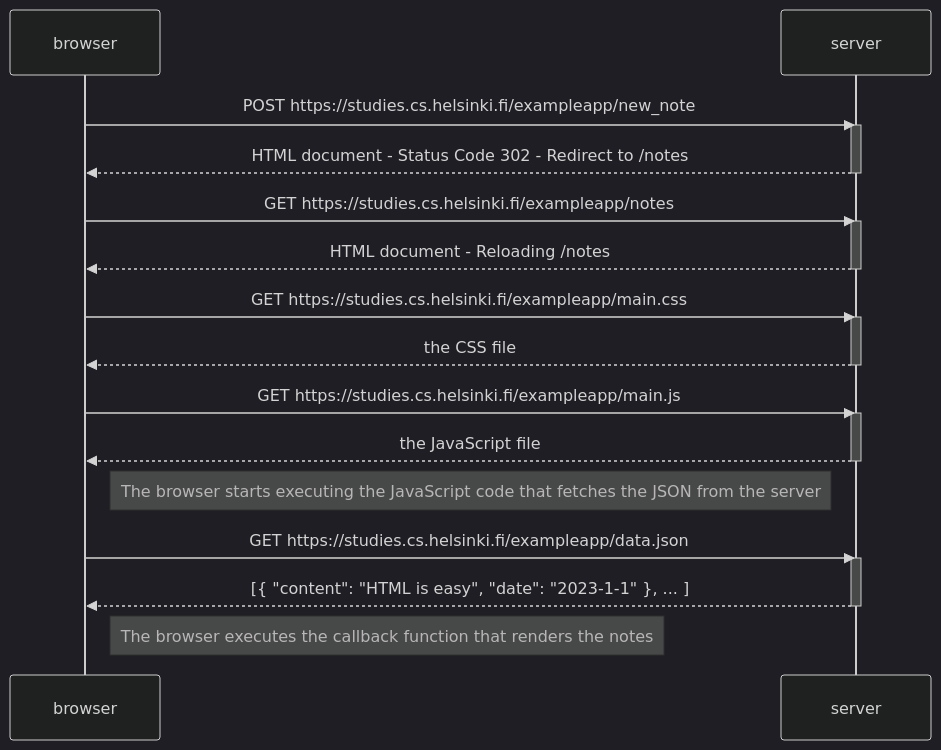
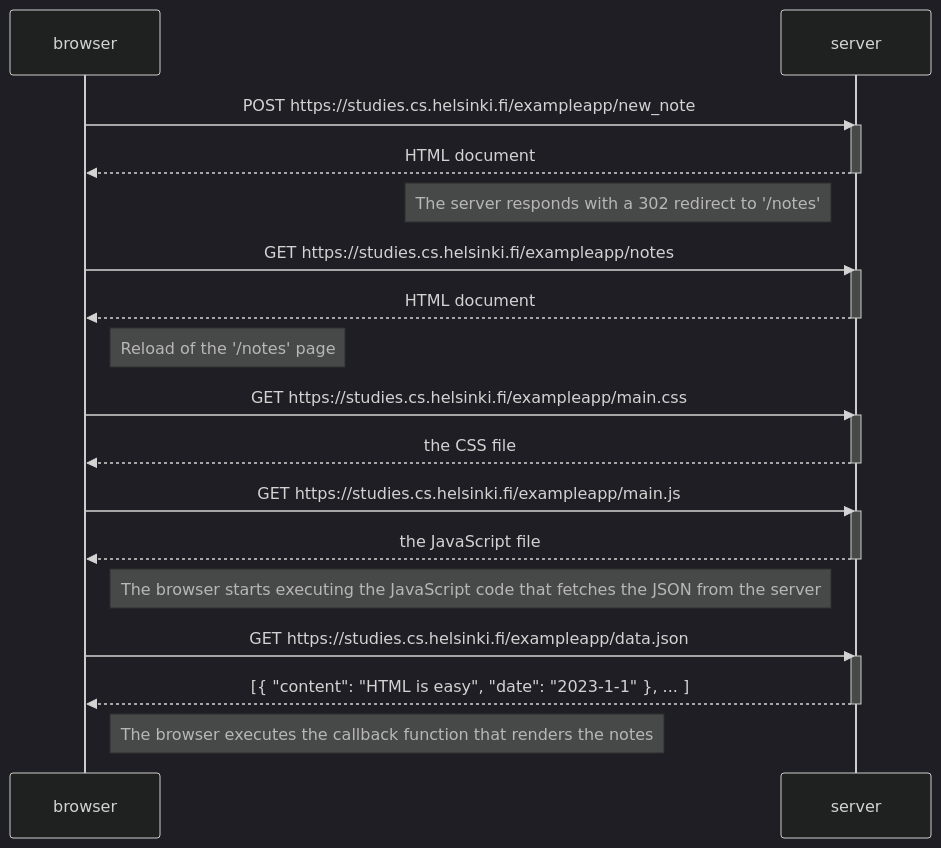
The diagram in part0/0.4 - New note diagram.md (RyHmann/FullStackOpen), drawn with Mermaid (dark theme) before and after one commit.

Commit message:
Update 0.4 - New note diagram.md
Adding notes

````diff
--- a/part0/0.4 - New note diagram.md
+++ b/part0/0.4 - New note diagram.md
@@ -1,34 +1,38 @@
 ```mermaid
 sequenceDiagram
     participant browser
     participant server
 
     browser->>server: POST https://studies.cs.helsinki.fi/exampleapp/new_note
     activate server
-    server-->>browser: HTML document - Status Code 302 - Redirect to /notes
+    server-->>browser: HTML document
     deactivate server
+    
+    Note left of server: The server responds with a 302 redirect to '/notes'
 
     browser->>server: GET https://studies.cs.helsinki.fi/exampleapp/notes
     activate server
-    server-->>browser: HTML document - Reloading /notes
+    server-->>browser: HTML document
     deactivate server
+    
+    Note right of browser: Reload of the '/notes' page
     
     browser->>server: GET https://studies.cs.helsinki.fi/exampleapp/main.css
     activate server
     server-->>browser: the CSS file
     deactivate server
 
     browser->>server: GET https://studies.cs.helsinki.fi/exampleapp/main.js
     activate server
     server-->>browser: the JavaScript file
     deactivate server
 
     Note right of browser: The browser starts executing the JavaScript code that fetches the JSON from the server
 
     browser->>server: GET https://studies.cs.helsinki.fi/exampleapp/data.json
     activate server
     server-->>browser: [{ "content": "HTML is easy", "date": "2023-1-1" }, ... ]
     deactivate server
 
     Note right of browser: The browser executes the callback function that renders the notes
 ```
````
